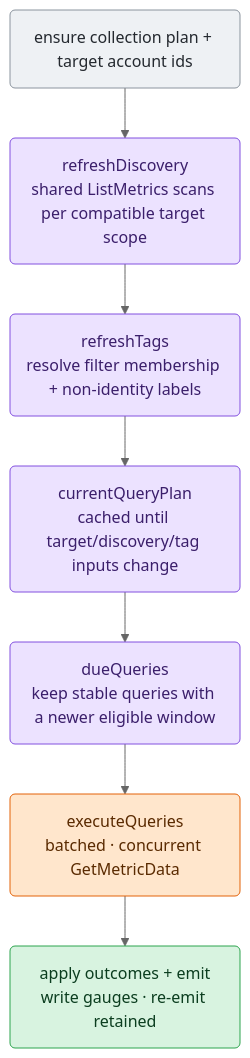
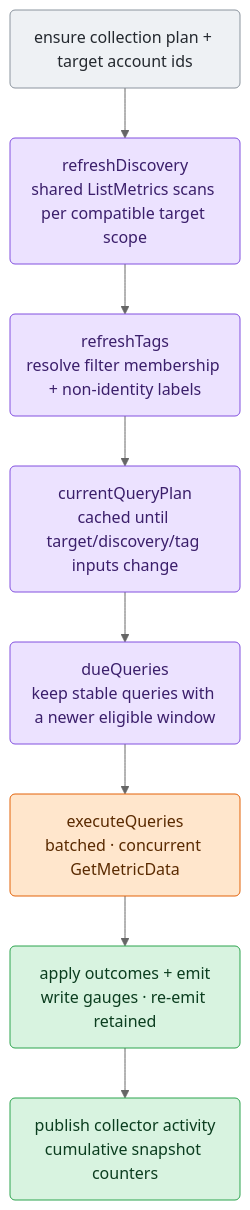
The third of 3 diagrams in src/go/plugin/go.d/collector/cloudwatch/ARCHITECTURE.md (netdata/netdata), drawn with Mermaid (neutral theme) before and after one commit. The commit also changed other lines of this file and 18 other files, not shown here.

Commit message:
feat(cloudwatch): expose collector activity metrics

````diff
--- a/src/go/plugin/go.d/collector/cloudwatch/ARCHITECTURE.md
+++ b/src/go/plugin/go.d/collector/cloudwatch/ARCHITECTURE.md
@@ -129,22 +134,23 @@
 ```mermaid
 flowchart TD
     A("ensure collection plan + target account ids")
     B("refreshDiscovery<br/>shared ListMetrics scans per compatible target scope")
     C("refreshTags<br/>resolve filter membership + non-identity labels")
     D("currentQueryPlan<br/>cached until target/discovery/tag inputs change")
     E("dueQueries<br/>keep stable queries with a newer eligible window")
     F("executeQueries<br/>batched · concurrent GetMetricData")
     G("apply outcomes + emit<br/>write gauges · re-emit retained")
+    H("publish collector activity<br/>cumulative snapshot counters")
 
-    A --> B --> C --> D --> E --> F --> G
+    A --> B --> C --> D --> E --> F --> G --> H
 
     classDef input fill:#eef1f4,stroke:#8b949e,color:#24292f;
     classDef sched fill:#ece2ff,stroke:#8250df,color:#3b1f6b;
     classDef effect fill:#ffe6cc,stroke:#e36209,color:#5a2a00;
     classDef commit fill:#d8f3e0,stroke:#2da44e,color:#0b3d1f;
 
     class A input
     class B,C,D,E sched
     class F effect
-    class G commit
+    class G,H commit
 ```
````
